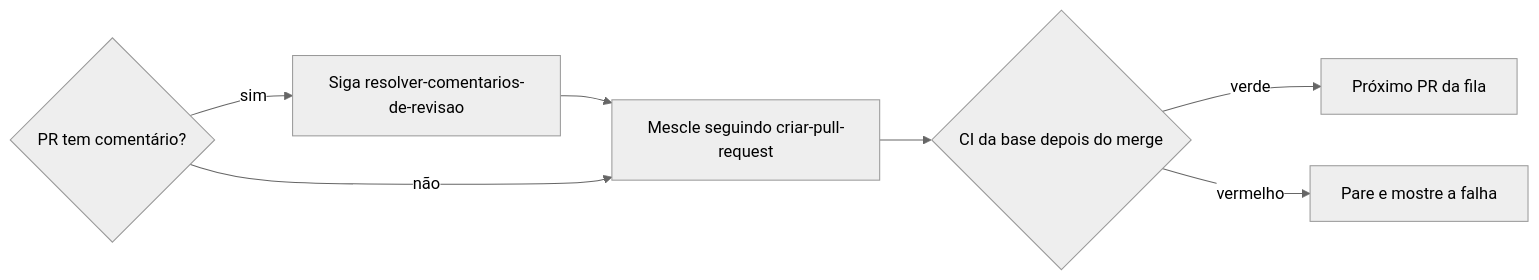
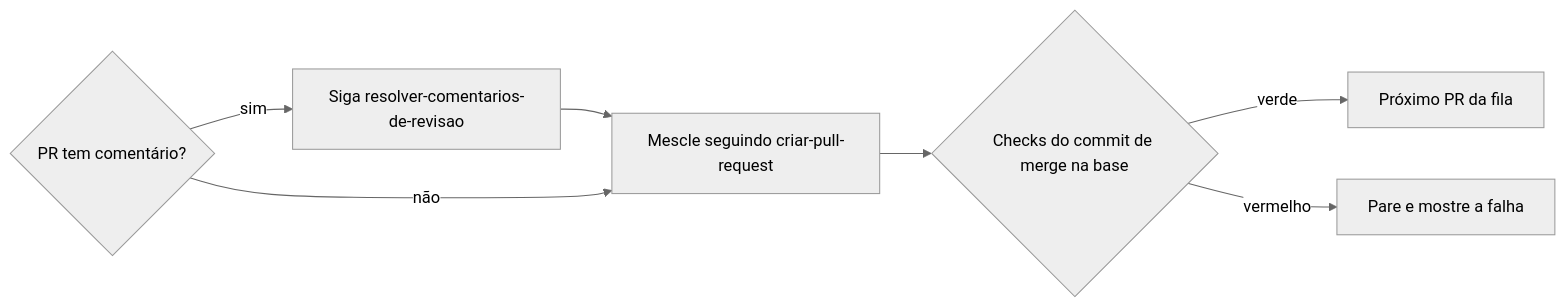
Before and after one commit to jimmyandrade/harness: the diagram in .agents/skills/avaliar-atualizacoes-de-dependencia/SKILL.md, drawn with Mermaid (neutral theme). The commit also changed other lines of this file and 2 other files, not shown here.

````diff
--- a/.agents/skills/avaliar-atualizacoes-de-dependencia/SKILL.md
+++ b/.agents/skills/avaliar-atualizacoes-de-dependencia/SKILL.md
@@ -59,9 +59,9 @@
 ```mermaid
 flowchart LR
   A{PR tem comentário?} -->|sim| B[Siga resolver-comentarios-de-revisao]
   B --> C[Mescle seguindo criar-pull-request]
   A -->|não| C
-  C --> D{CI da base depois do merge}
+  C --> D{Checks do commit de merge na base}
   D -->|verde| E[Próximo PR da fila]
   D -->|vermelho| F[Pare e mostre a falha]
 ```
````
